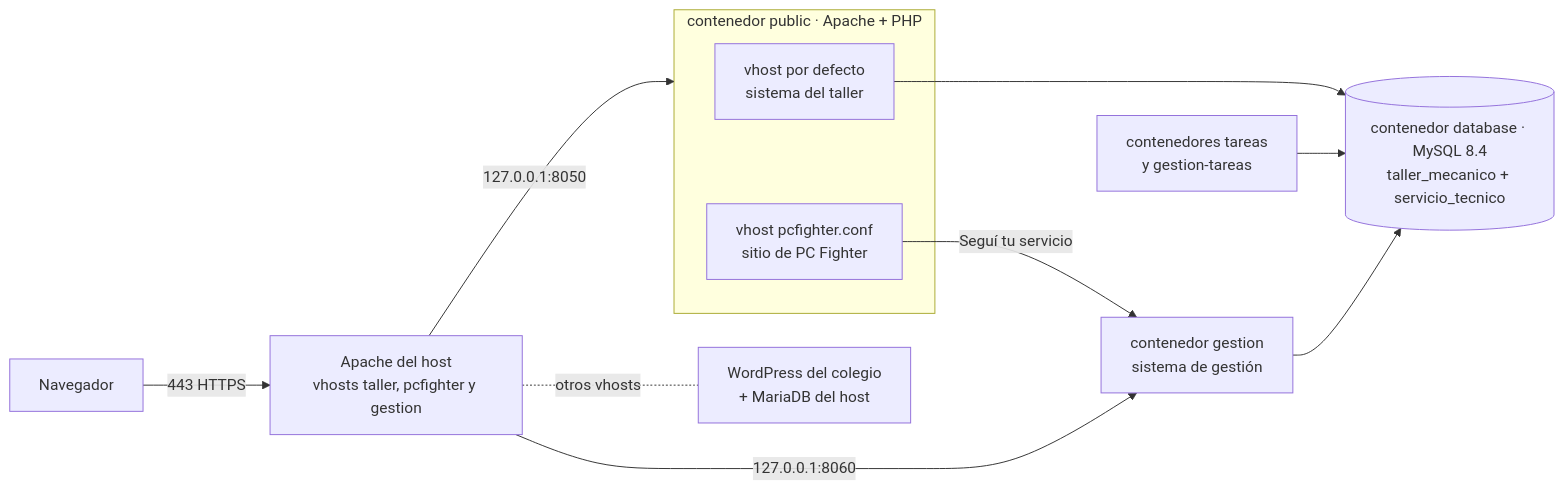
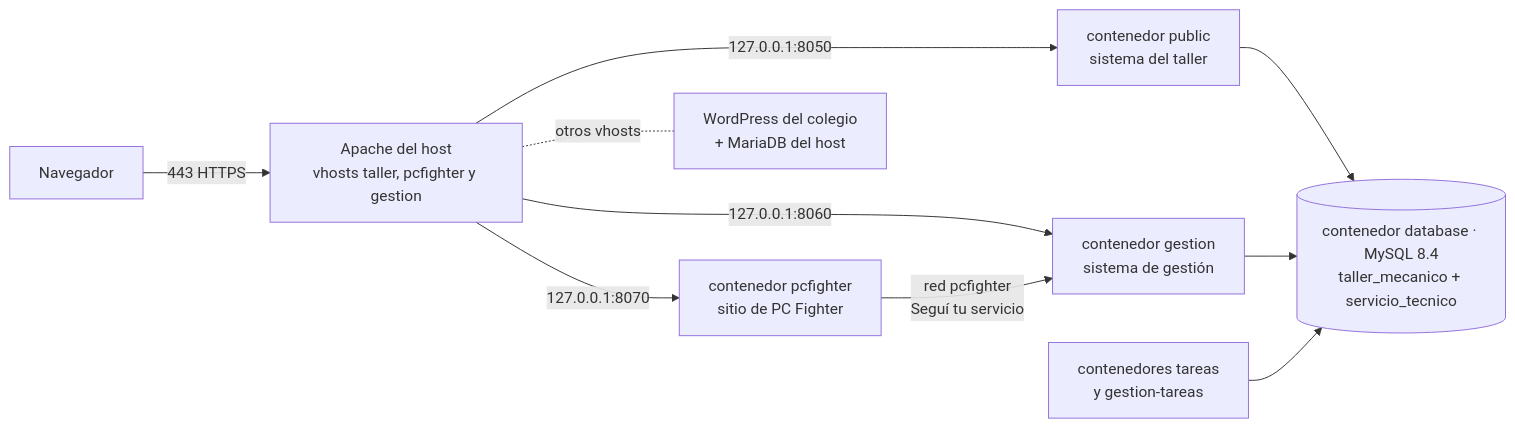
The diagram in DESPLIEGUE.md (Varucard/abel_mecanica), drawn with Mermaid before and after one commit. The commit also changed other lines of this file and 33 other files, not shown here.

````diff
--- a/DESPLIEGUE.md
+++ b/DESPLIEGUE.md
@@ -25,15 +25,12 @@
 ```mermaid
 flowchart LR
   N[Navegador] -->|443 HTTPS| AP[Apache del host<br/>vhosts taller, pcfighter y gestion]
-  AP -->|127.0.0.1:8050| PUB
-  subgraph PUB[contenedor public · Apache + PHP]
-    TA[vhost por defecto<br/>sistema del taller]
-    PCF[vhost pcfighter.conf<br/>sitio de PC Fighter]
-  end
+  AP -->|127.0.0.1:8050| PUB[contenedor public<br/>sistema del taller]
+  AP -->|127.0.0.1:8070| PCF[contenedor pcfighter<br/>sitio de PC Fighter]
   AP -->|127.0.0.1:8060| GES[contenedor gestion<br/>sistema de gestión]
-  PCF -->|Seguí tu servicio| GES
-  TA --> DB[(contenedor database · MySQL 8.4<br/>taller_mecanico + servicio_tecnico)]
+  PCF -->|red pcfighter<br/>Seguí tu servicio| GES
+  PUB --> DB[(contenedor database · MySQL 8.4<br/>taller_mecanico + servicio_tecnico)]
   GES --> DB
   TAR[contenedores tareas<br/>y gestion-tareas] --> DB
   AP -.otros vhosts.- WP[WordPress del colegio<br/>+ MariaDB del host]
 ```
````
